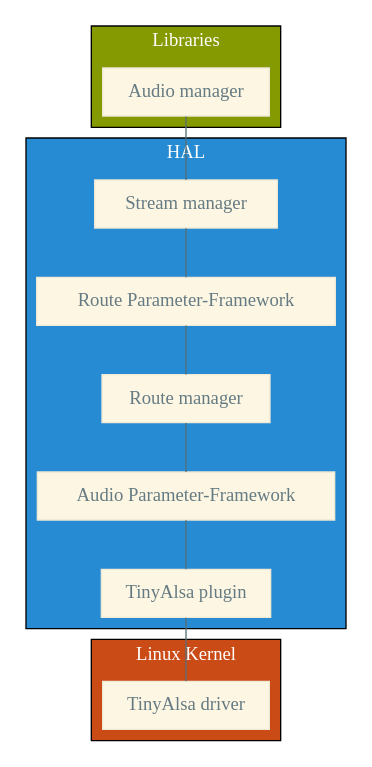
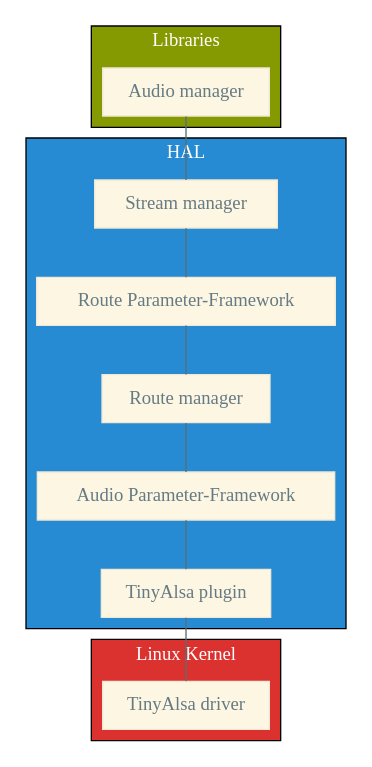
One commit to Makohoek/internship-report changed the diagram in report/src/img/hal-architecture/hal-archi.dot. Above: the diagram before and after it, drawn with Graphviz.

Commit message:
hal archi colours

```diff
--- a/report/src/img/hal-architecture/hal-archi.dot
+++ b/report/src/img/hal-architecture/hal-archi.dot
@@ -1,84 +1,84 @@
 /**
  * Hal Architecture diagram with solarized light colorscheme
  * Example found on http://fsteeg.com/2006/11/17/uml-class-diagrams-with-graphviz/
  *
  * Colors added by Mattijs Korpershoek
  * <mattijs.korpershoek@gmail.com>
  */
 
 /*
  * Solarized colorscheme:
  * $base03:    #002b36;
  * $base02:    #073642;
  * $base01:    #586e75;
  * $base00:    #657b83;
  * $base0:     #839496;
  * $base1:     #93a1a1;
  * $base2:     #eee8d5;
  * $base3:     #fdf6e3;
  * $yellow:    #b58900;
  * $orange:    #cb4b16;
  * $red:       #dc322f;
  * $magenta:   #d33682;
  * $violet:    #6c71c4;
  * $blue:      #268bd2;
  * $cyan:      #2aa198;
  * $green:     #859900;
  * */
 graph hierarchy
 {
-    size="15,15";
-    node[shape=record,style=filled,fillcolor="#fdf6e3", fontcolor="#657b83", color="#eee8d5"];
+  size="15,15";
+  node[shape=record,style=filled,fillcolor="#fdf6e3", fontcolor="#657b83", color="#eee8d5"];
+  edge[arrowhead=none, arrowtail=none, color="#586e75"];
+
+  subgraph clusterLibraries{
+    label="Libraries";
+    AudioMgr [label="Audio manager"];
+    bgcolor="#859900";
+    fontcolor="#ffffff";
+  }
+
+  subgraph clusterHal{
+    label="HAL";
     edge[arrowhead=none, arrowtail=none, color="#586e75"];
+    streamMgr [label="Stream manager"];
+    RoutePfw [label="Route Parameter-Framework"];
+    RouteMgr [label="Route manager"];
+    AudioPfw [label="Audio Parameter-Framework"];
+    TinyPlugin [label="TinyAlsa plugin"];
+    bgcolor="#268bd2";
+    fontcolor="#ffffff";
+  }
 
-    subgraph clusterLibraries{
-        label="Libraries";
-        AudioMgr [label="Audio manager"];
-        bgcolor="#859900";
-        fontcolor="#ffffff";
-    }
+  subgraph clusterDrivers{
+    label="Linux Kernel";
+    TinyAlsa [label="TinyAlsa driver"];
+    bgcolor="#dc322f";
+    fontcolor="#ffffff";
+  }
 
-    subgraph clusterHal{
-        label="HAL";
-        edge[arrowhead=none, arrowtail=none, color="#586e75"];
-        streamMgr [label="Stream manager"];
-        RoutePfw [label="Route Parameter-Framework"];
-        RouteMgr [label="Route manager"];
-        AudioPfw [label="Audio Parameter-Framework"];
-        TinyPlugin [label="TinyAlsa plugin"];
-        bgcolor="#268bd2";
-        fontcolor="#ffffff";
-    }
-
-    subgraph clusterDrivers{
-        label="Linux Kernel";
-        TinyAlsa [label="TinyAlsa driver"];
-        bgcolor="#cb4b16";
-        fontcolor="#ffffff";
-    }
-
-    AudioMgr -- streamMgr;
-    streamMgr -- RoutePfw;
-    RoutePfw -- RouteMgr;
-    RouteMgr -- AudioPfw;
-    AudioPfw -- TinyPlugin;
-    TinyPlugin -- TinyAlsa;
+  AudioMgr -- streamMgr;
+  streamMgr -- RoutePfw;
+  RoutePfw -- RouteMgr;
+  RouteMgr -- AudioPfw;
+  AudioPfw -- TinyPlugin;
+  TinyPlugin -- TinyAlsa;
 }
 
 /*
    graph G {
    e
    subgraph clusterA {
    a -- b;
    subgraph clusterC {
    C -- D;
    }
    }
    subgraph clusterB {
    d -- f
    }
    d -- D
    e -- clusterB
    clusterC -- clusterB
    }
  */
```
